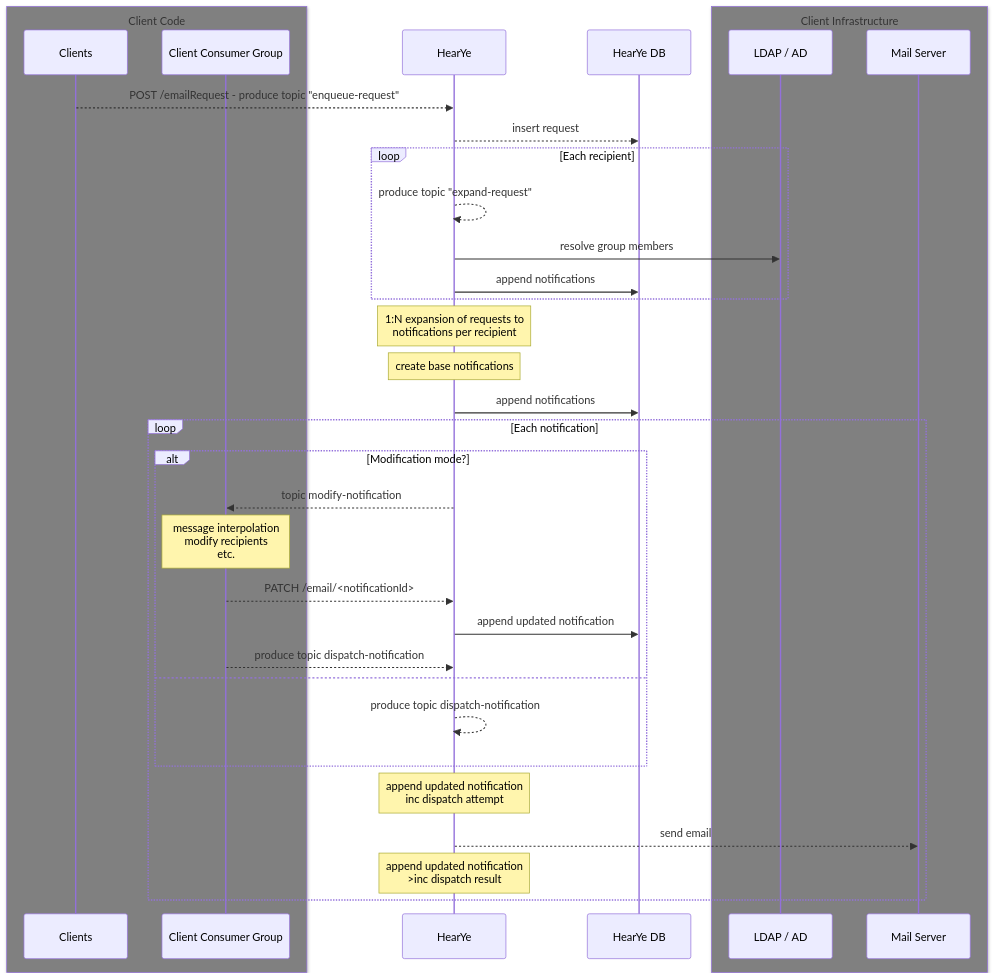
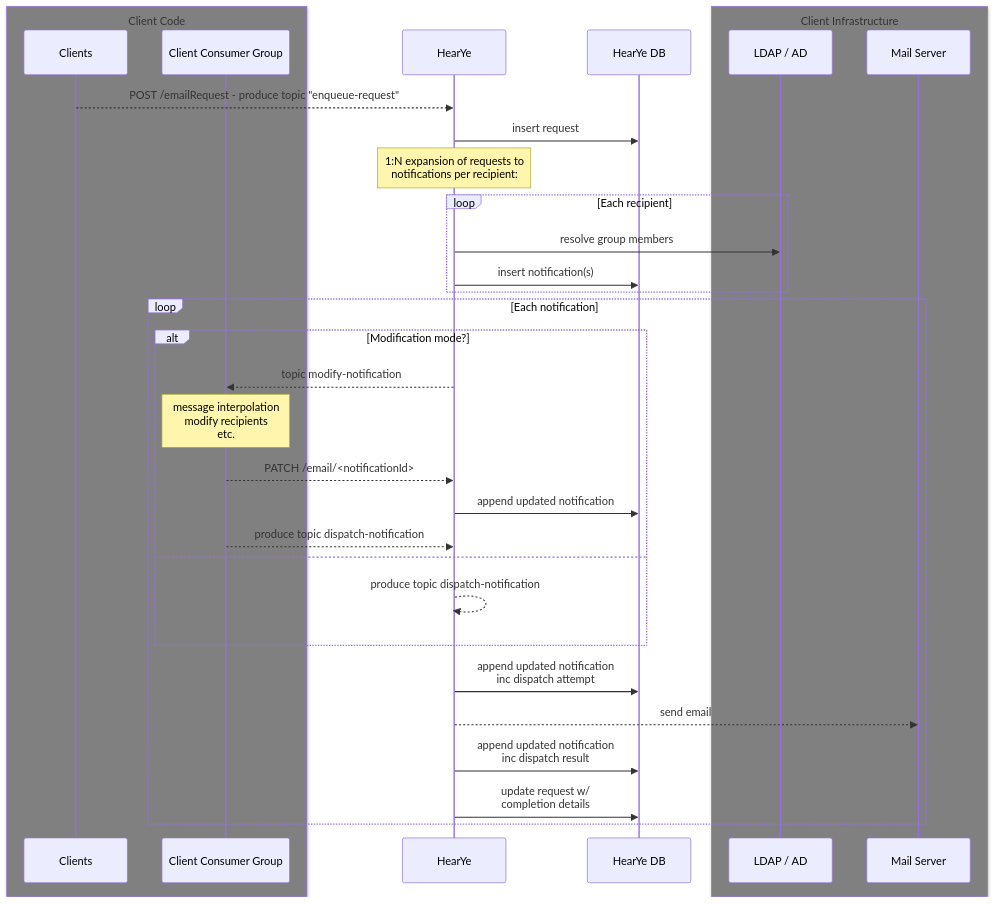
Before and after one commit to fleep/hearye: the diagram in docs/architecture.md, drawn with Mermaid.

Commit message:
More sequence diagram fixes git push

````diff
--- a/docs/architecture.md
+++ b/docs/architecture.md
@@ -6,38 +6,38 @@
 ```mermaid
 sequenceDiagram
     box gray Client Code
         participant Clients
         participant Consumers as Client Consumer Group
     end
     participant HearYe
-    participant HearYe DB
+    participant DB as HearYe DB
     box gray Client Infrastructure
         participant LDAP as LDAP / AD
         participant Mail Server
     end
+    
     Clients -->> HearYe: POST /emailRequest - produce topic "enqueue-request"
-    HearYe -->> HearYe DB: insert request
+    HearYe ->> DB: insert request
+    note over HearYe: 1:N expansion of requests to<br /> notifications per recipient:
     loop Each recipient
-        HearYe -->> HearYe: produce topic "expand-request"
         HearYe ->> LDAP: resolve group members
-        HearYe ->> HearYe DB: append notifications
+        HearYe ->> DB: insert notification(s)
     end
-    note over HearYe: 1:N expansion of requests to<br /> notifications per recipient
-    note over HearYe: create base notifications
-    HearYe ->> HearYe DB: append notifications
+    
     loop Each notification
         alt Modification mode?
             HearYe -->> Consumers: topic modify-notification
             note over Consumers: message interpolation<br />modify recipients<br />etc.
             Consumers -->> HearYe: PATCH /email/<notificationId>
-            HearYe ->> HearYe DB: append updated notification
+            HearYe ->> DB: append updated notification
             Consumers -->> HearYe: produce topic dispatch-notification
         else
             HearYe -->> HearYe: produce topic dispatch-notification
         end
-        note over HearYe: append updated notification<br />inc dispatch attempt
+        HearYe ->> DB: append updated notification<br />inc dispatch attempt
         HearYe -->> Mail Server: send email
-        note over HearYe: append updated notification<br />>inc dispatch result
+        HearYe ->> DB: append updated notification<br />inc dispatch result
+        HearYe ->> DB: update request w/<Br /> completion details
     end
     
 ```
````
